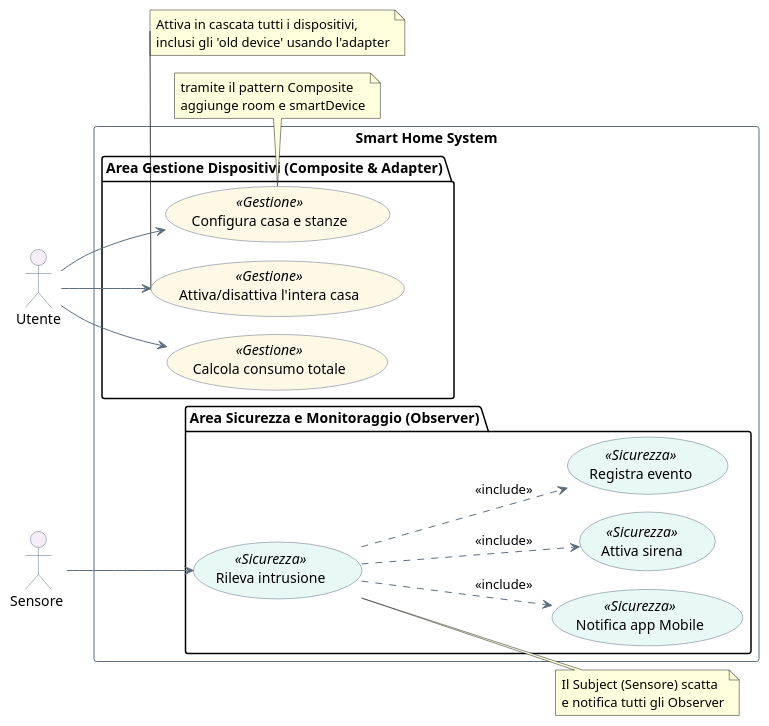
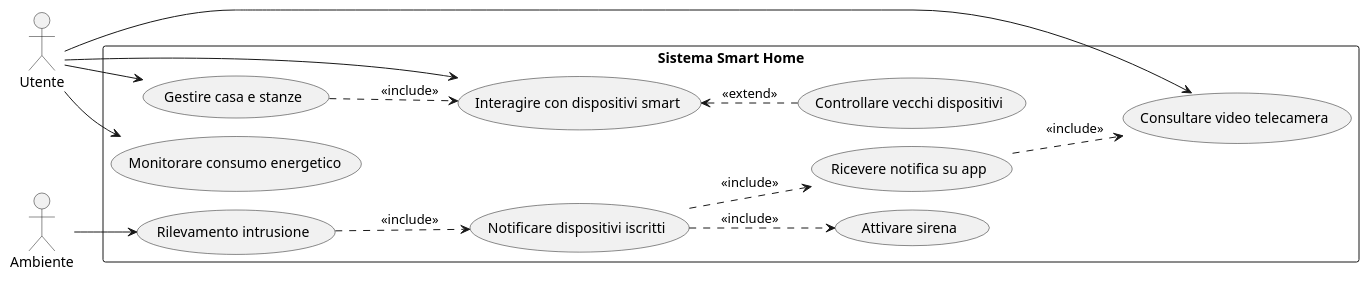
Before and after one commit to AndreaDiPietro0/SmartHomeSWE: the diagram in uml/usecase.puml, drawn with PlantUML. The commit also changed 28 other files, not shown here.

Commit message:
nuova logica, nuovi diagrammi, modifiche finali

```diff
--- a/uml/usecase.puml
+++ b/uml/usecase.puml
@@ -1,67 +1,53 @@
 @startuml
 !pragma layout smetana
+
 left to right direction
+skinparam packageStyle rectangle
 
-skinparam usecase {
-    BackgroundColor<<Gestione>> #FEF9E7
-    BackgroundColor<<Sicurezza>> #E8F8F5
-    BorderColor #5D6D7E
-    ArrowColor #5D6D7E
-}
-skinparam actor {
-    BackgroundColor #F5EEF8
-    BorderColor #5D6D7E
-}
-skinparam rectangle {
-    BorderColor #5D6D7E
-    BackgroundColor White
+' Attori
+actor "Utente\n" as User
+actor "Ambiente" as Environment
+
+package "Sistema Smart Home" {
+
+    ' sfera composite
+    usecase "Gestire casa e stanze" as UC_ManageHouse
+    usecase "Interagire con dispositivi smart" as UC_ManageDevices
+    usecase "Monitorare consumo energetico" as UC_CheckConsumption
+
+    ' sfera adapter
+    usecase "Controllare vecchi dispositivi" as UC_ManageOld
+
+    ' sfera observer
+    usecase "Rilevamento intrusione" as UC_Detect
+    usecase "Notificare dispositivi iscritti" as UC_Notify
+    usecase "Attivare sirena" as UC_SoundAlarm
+    usecase "Ricevere notifica su app" as UC_AppAlert
+    usecase "Consultare video telecamera" as UC_LiveFeed
 }
 
-actor "Utente" as User
-actor "Sensore " as Sensor
+' connessioni attori
+User --> UC_ManageHouse
+User --> UC_ManageDevices
+User --> UC_CheckConsumption
+User --> UC_LiveFeed
 
-rectangle "Smart Home System" {
+Environment --> UC_Detect
 
-    package "Area Gestione Dispositivi (Composite & Adapter)" {
-        usecase "Configura casa e stanze" as UC_Config <<Gestione>>
-        usecase "Attiva/disattiva l'intera casa" as UC_Activate <<Gestione>>
-        usecase "Calcola consumo totale" as UC_Consumption <<Gestione>>
-    }
+'relazione tra i casi d'uso
 
-    package "Area Sicurezza e Monitoraggio (Observer)" {
-        usecase "Rileva intrusione" as UC_Detect <<Sicurezza>>
-        usecase "Notifica app Mobile" as UC_NotifyApp <<Sicurezza>>
-        usecase "Attiva sirena" as UC_Siren <<Sicurezza>>
-        usecase "Registra evento" as UC_Log <<Sicurezza>>
-    }
-}
+' il controllo della casa include anche il controllo dei singoli dispositivi
+UC_ManageHouse ..> UC_ManageDevices : <<include>>
 
-' --- Relazioni con gli Attori ---
-User --> UC_Config
-User --> UC_Activate
-User --> UC_Consumption
+' il controllo dei dispositivi legacy è un'estensione del controllo standard
+UC_ManageDevices <.. UC_ManageOld : <<extend>>
 
-Sensor --> UC_Detect
+' Effetto catena dell'emergenza (Observer)
+UC_Detect ..> UC_Notify : <<include>>
+UC_Notify ..> UC_SoundAlarm : <<include>>
+UC_Notify ..> UC_AppAlert : <<include>>
 
-' --- Relazioni Include (Logica Observer) ---
-UC_Detect ..> UC_NotifyApp : <<include>>
-UC_Detect ..> UC_Siren : <<include>>
-UC_Detect ..> UC_Log : <<include>>
-
-' --- Note esplicative per il collegamento ai Pattern ---
-note top of UC_Config
-  tramite il pattern Composite
-  aggiunge room e smartDevice
-end note
-
-note bottom of UC_Activate
-  Attiva in cascata tutti i dispositivi,
-  inclusi gli 'old device' usando l'adapter
-end note
-
-note right of UC_Detect
-  Il Subject (Sensore) scatta
-  e notifica tutti gli Observer
-end note
+' la notifica push porta l'utente ad aprire la telecamera
+UC_AppAlert ..> UC_LiveFeed : <<include>>
 
 @enduml
```
